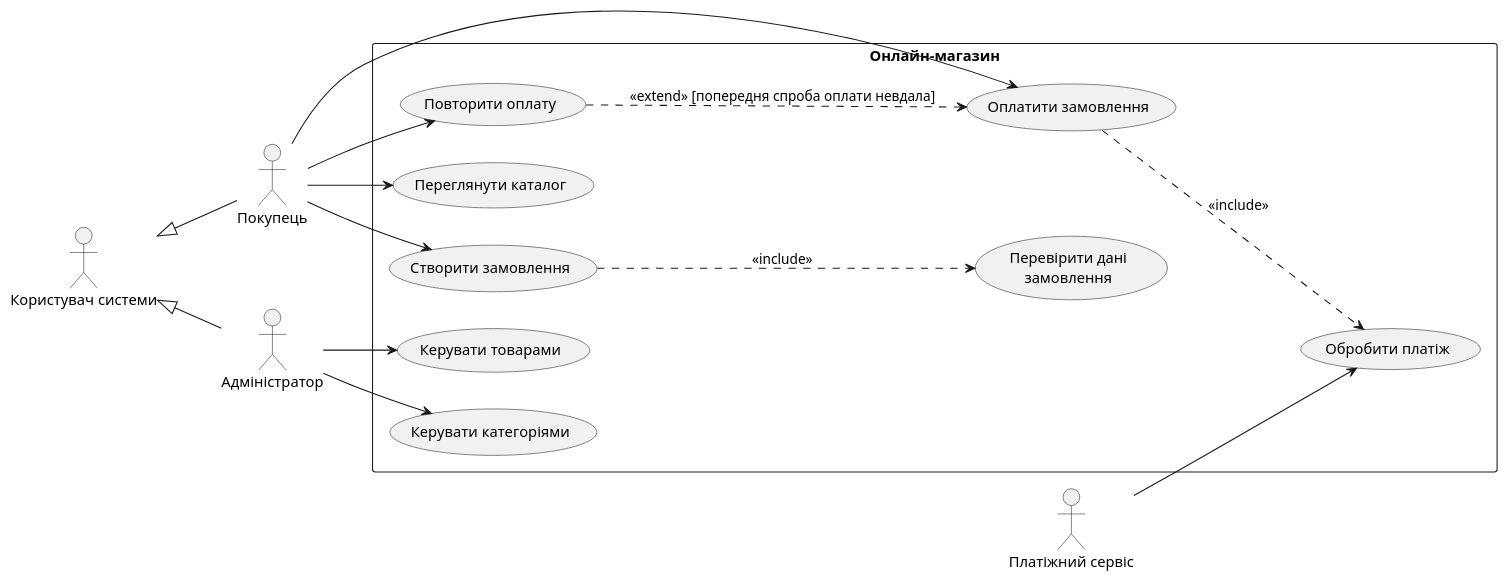
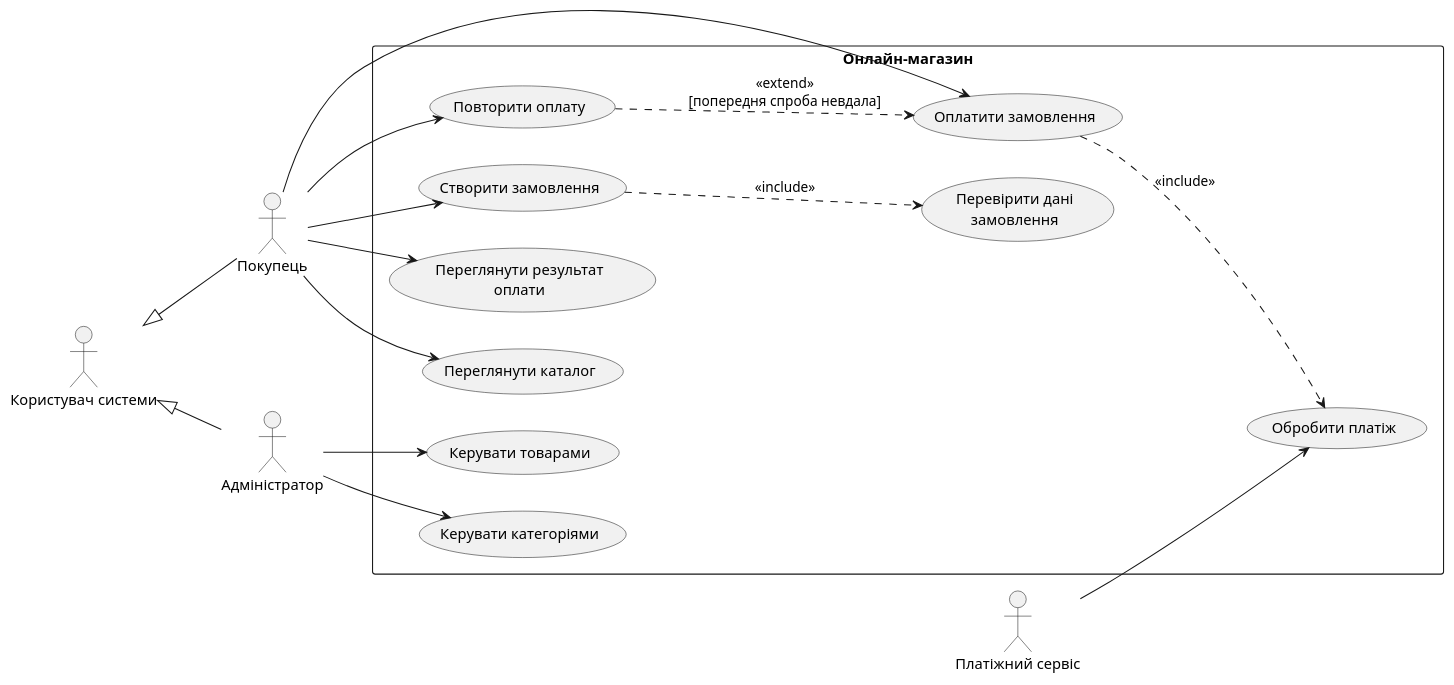
The diagram in lab2/use-case-diagram.puml (denisovatetiana-im-53/kpi), drawn with PlantUML before and after one commit. The commit also changed other lines of this file and 1 other file, not shown here.

Commit message:
fix(lab2): update use case diagram and render

```diff
--- a/lab2/use-case-diagram.puml
+++ b/lab2/use-case-diagram.puml
@@ -2,37 +1,39 @@
 @startuml
 left to right direction
 skinparam packageStyle rectangle
 
 actor "Користувач системи" as User
 actor "Покупець" as Buyer
 actor "Адміністратор" as Admin
 actor "Платіжний сервіс" as PaymentService
 
 User <|-- Buyer
 User <|-- Admin
 
 rectangle "Онлайн-магазин" {
   usecase "Переглянути каталог" as UC1
   usecase "Створити замовлення" as UC2
   usecase "Перевірити дані\nзамовлення" as UC3
   usecase "Оплатити замовлення" as UC4
   usecase "Обробити платіж" as UC5
   usecase "Повторити оплату" as UC6
   usecase "Керувати товарами" as UC7
   usecase "Керувати категоріями" as UC8
+  usecase "Переглянути результат\nоплати" as UC9
 }
 
 Buyer --> UC1
 Buyer --> UC2
 Buyer --> UC4
 Buyer --> UC6
+Buyer --> UC9
 
 UC2 ..> UC3 : <<include>>
 UC4 ..> UC5 : <<include>>
-UC6 ..> UC4 : <<extend>> [попередня спроба оплати невдала]
+UC6 ..> UC4 : <<extend>>\n[попередня спроба невдала]
 
 PaymentService --> UC5
 Admin --> UC7
 Admin --> UC8
 
 @enduml
```
